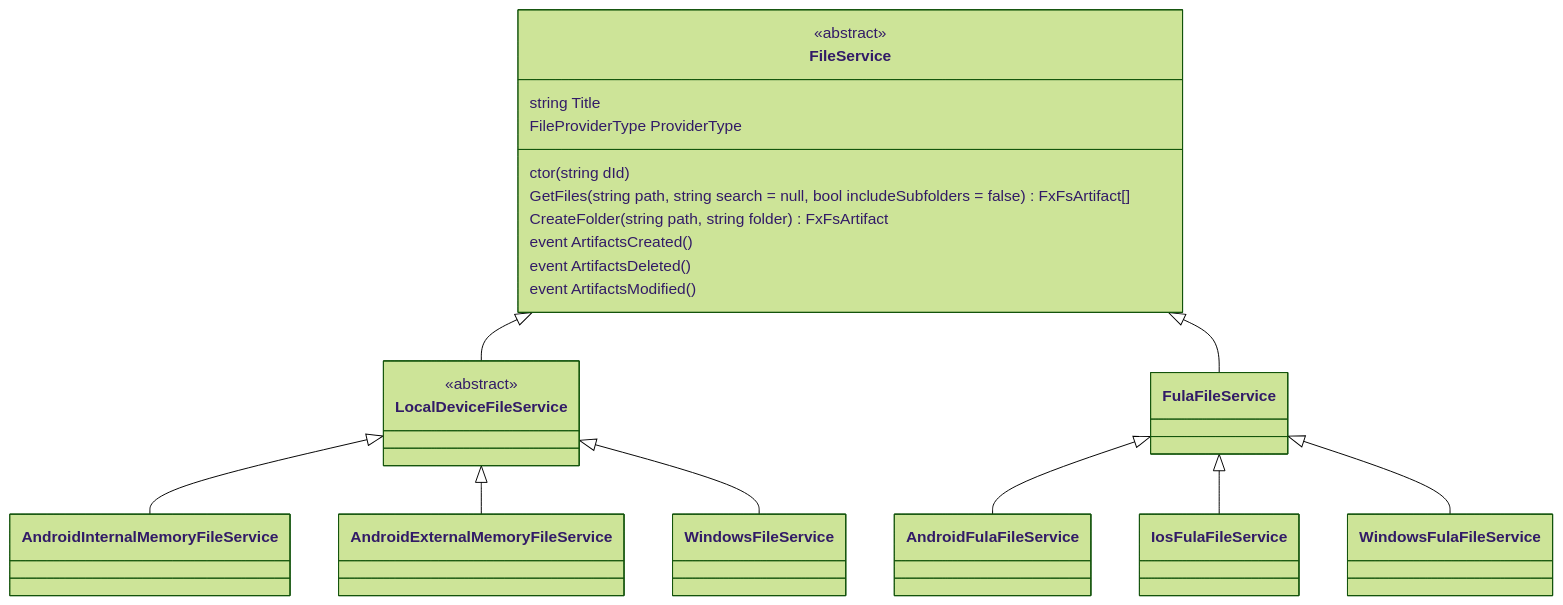
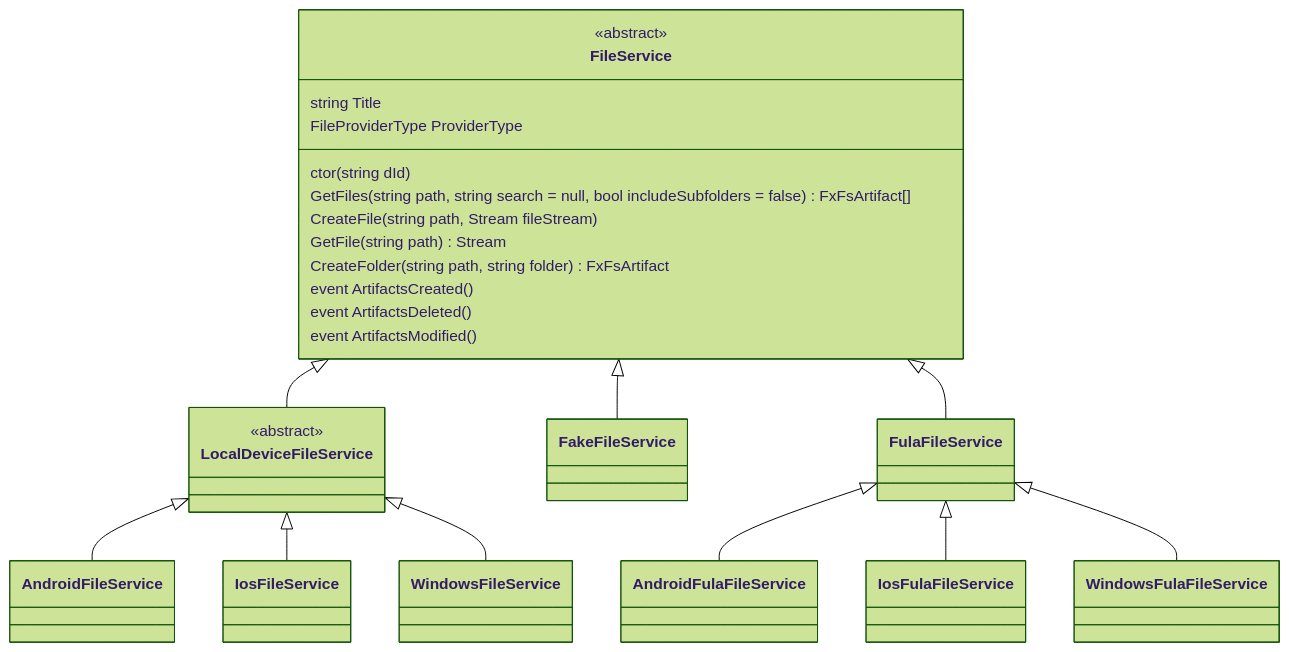
The second of 3 diagrams in docs/class-diagram-overview.md (functionland/fx-files), drawn with Mermaid (forest theme) before and after one commit. The commit also changed other lines of this file, not shown here.

Commit message:
Add FakeFileService designs to diagrams. ab#15

````diff
--- a/docs/class-diagram-overview.md
+++ b/docs/class-diagram-overview.md
@@ -40,29 +40,32 @@
 ```mermaid
 classDiagram
 FileService <|-- LocalDeviceFileService
-LocalDeviceFileService <|-- AndroidInternalMemoryFileService
-LocalDeviceFileService <|-- AndroidExternalMemoryFileService
+LocalDeviceFileService <|-- AndroidFileService
+LocalDeviceFileService <|-- IosFileService
 LocalDeviceFileService <|-- WindowsFileService
+FileService <|-- FakeFileService
 FileService <|-- FulaFileService
 FulaFileService <|-- AndroidFulaFileService
 FulaFileService <|-- IosFulaFileService
 FulaFileService <|-- WindowsFulaFileService
 
 class FileService {
   <<abstract>>
   ctor(string dId)
   string Title
   FileProviderType ProviderType
   GetFiles(string path, string search = null, bool includeSubfolders = false) FxFsArtifact[]
+  CreateFile(string path, Stream fileStream)
+  GetFile(string path) Stream
   CreateFolder(string path, string folder) FxFsArtifact
   <<event>>
   event ArtifactsCreated()
   event ArtifactsDeleted()
   event ArtifactsModified()
 }
 
 class LocalDeviceFileService {
   <<abstract>>
   
 }
 ```
````
